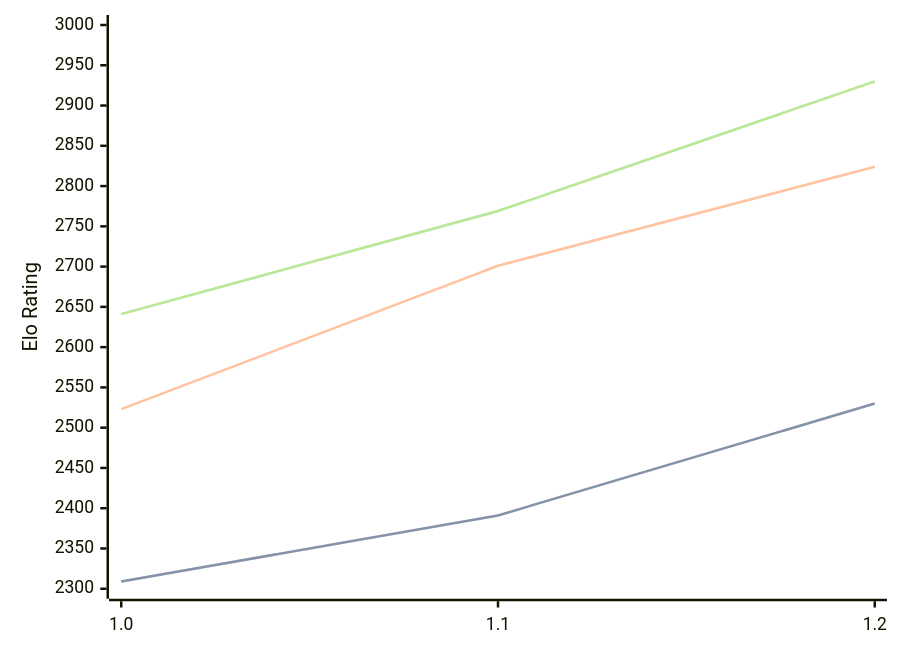
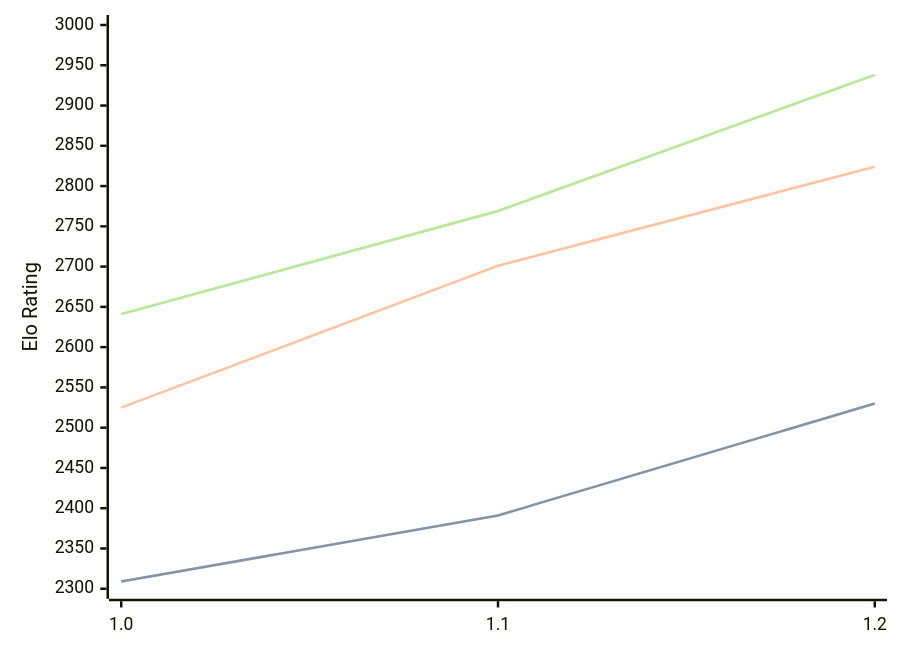
One commit to computer-chess-index/cci changed the first of 3 diagrams in engines/FoxChess.md. Above: the diagram before and after it, drawn with Mermaid. The commit also changed other lines of this file, not shown here.

Commit message:
Update CCI Ratings (ELO VLTC) - 2026-07-11

````diff
--- a/engines/FoxChess.md
+++ b/engines/FoxChess.md
@@ -33,11 +33,11 @@
 ```mermaid
 %%{init: {"theme":"base","themeVariables":{"seriesColors:['#a3a3a3','#222221','#faa371']}}}%%
 xychart-beta
   x-axis ["1.0", "1.1", "1.2"]
   y-axis "Elo Rating" 2300 --> 3000
   line "STC (8.0+0.08s)" [2309, 2391, 2530]
   line "STC (8.0+0.08s)" [2309, 2391, 2530]
-  line "LTC (60.0+0.60s)" [2523, 2701, 2824]
-  line "VLTC (2m24s+1.12s)" [2641, 2769, 2930]
-  line "VLTC (2m24s+1.12s)" [2641, 2769, 2930]
+  line "LTC (60.0+0.60s)" [2525, 2701, 2824]
+  line "VLTC (2m24s+1.12s)" [2641, 2769, 2938]
+  line "VLTC (2m24s+1.12s)" [2641, 2769, 2938]
 ```
````
